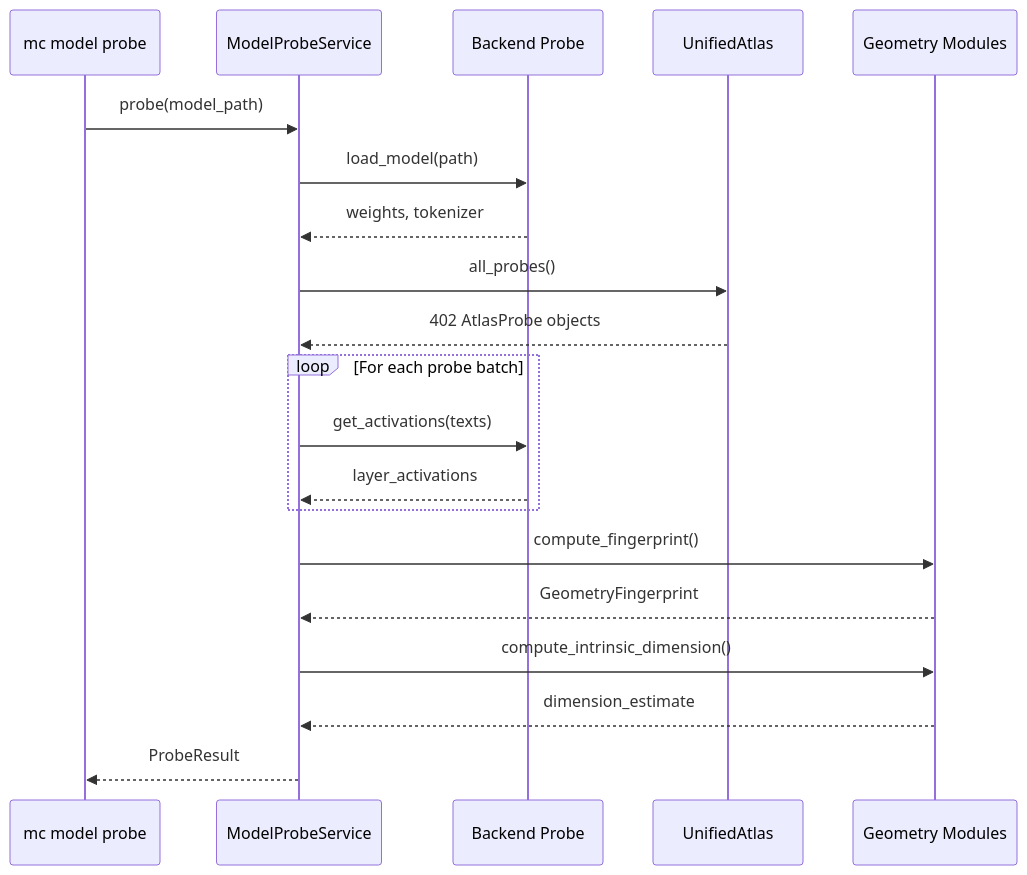
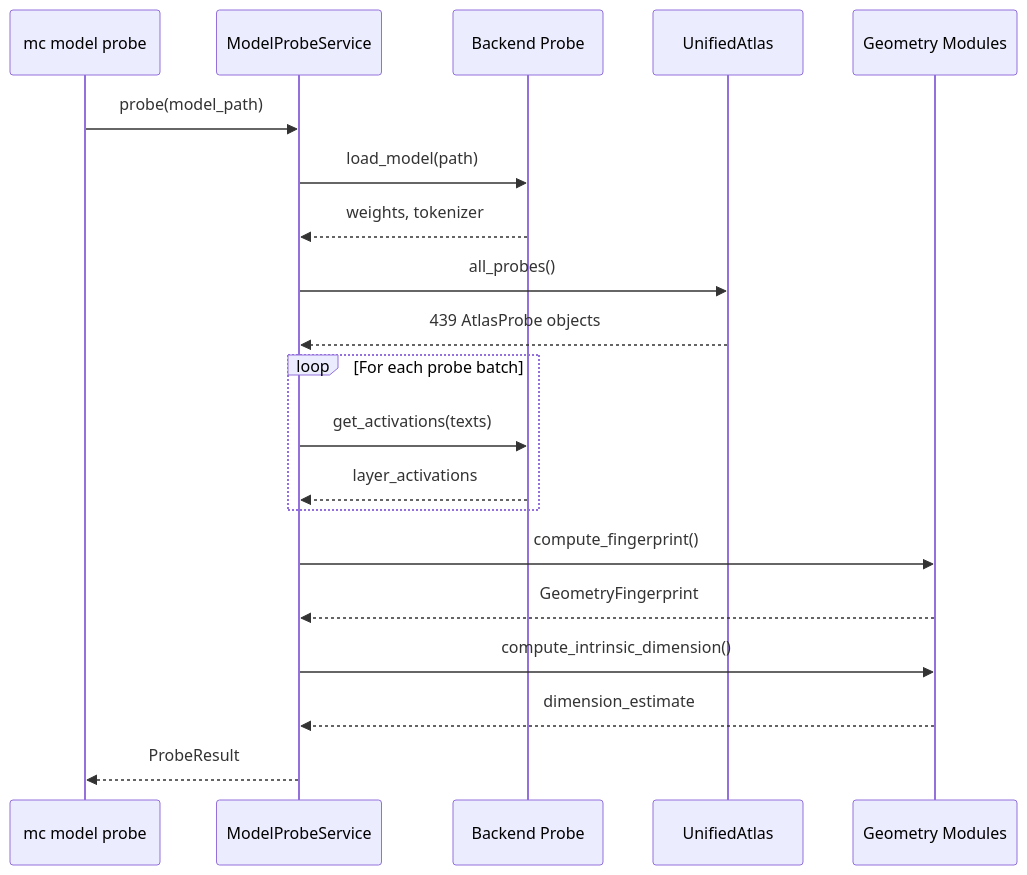
The third of 4 diagrams in docs/ARCHITECTURE.md (Ethyros-AI/ModelCypher), drawn with Mermaid before and after one commit. The commit also changed other lines of this file and 16 other files, not shown here.

First line of the commit message:
feat(atlas): extend probe count from 402 to 439 with spatial and metaphor invariants

````diff
--- a/docs/ARCHITECTURE.md
+++ b/docs/ARCHITECTURE.md
@@ -176,28 +176,28 @@
 ```mermaid
 sequenceDiagram
     participant CLI as mc model probe
     participant SVC as ModelProbeService
     participant PROBE as Backend Probe
     participant ATLAS as UnifiedAtlas
     participant GEOM as Geometry Modules
 
     CLI->>SVC: probe(model_path)
     SVC->>PROBE: load_model(path)
     PROBE-->>SVC: weights, tokenizer
 
     SVC->>ATLAS: all_probes()
-    ATLAS-->>SVC: 402 AtlasProbe objects
+    ATLAS-->>SVC: 439 AtlasProbe objects
 
     loop For each probe batch
         SVC->>PROBE: get_activations(texts)
         PROBE-->>SVC: layer_activations
     end
 
     SVC->>GEOM: compute_fingerprint()
     GEOM-->>SVC: GeometryFingerprint
 
     SVC->>GEOM: compute_intrinsic_dimension()
     GEOM-->>SVC: dimension_estimate
 
     SVC-->>CLI: ProbeResult
 ```
````
